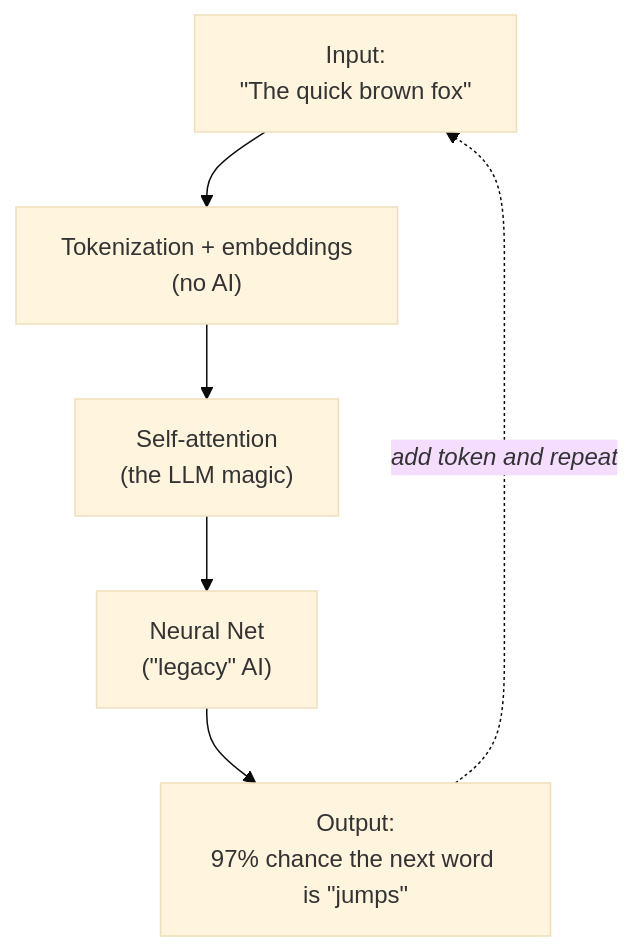
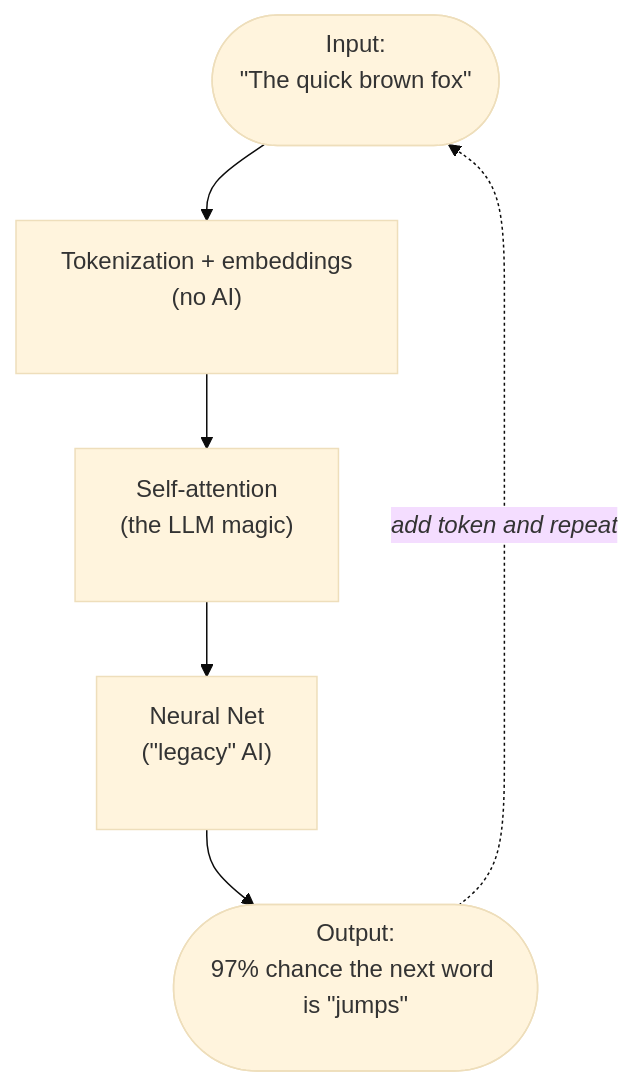
Before and after one commit to yshavit/llm-notes: the second of 2 diagrams in book/02-overview.md, drawn with Mermaid (base theme).

Commit message:
clean up mermaid

````diff
--- a/book/02-overview.md
+++ b/book/02-overview.md
@@ -56,10 +56,10 @@
 ```mermaid
 flowchart TB
-  I["Input:<br>&quot;The quick brown fox&quot;"]
-  A["Tokenization + embeddings<br>(no AI)"]
-  B["Self-attention<br>(the LLM magic)"]
-  C["Neural Net<br>(&quot;legacy&quot; AI)"]
-  O["Output:<br>97% chance the next word is &quot;jumps&quot;"]
+  I(["Input:<br>&quot;The quick brown fox&quot;<br>&nbsp;"])
+  A["Tokenization + embeddings<br>(no AI)<br>&nbsp;"]
+  B["Self-attention<br>(the LLM magic)<br>&nbsp;"]
+  C["Neural Net<br>(&quot;legacy&quot; AI)<br>&nbsp;"]
+  O(["Output:<br>97% chance the next word is &quot;jumps&quot;<br>&nbsp;"])
 
   I --> A --> B --> C --> O -.->|"<i>add token and repeat</i>"| I
 ```
````
